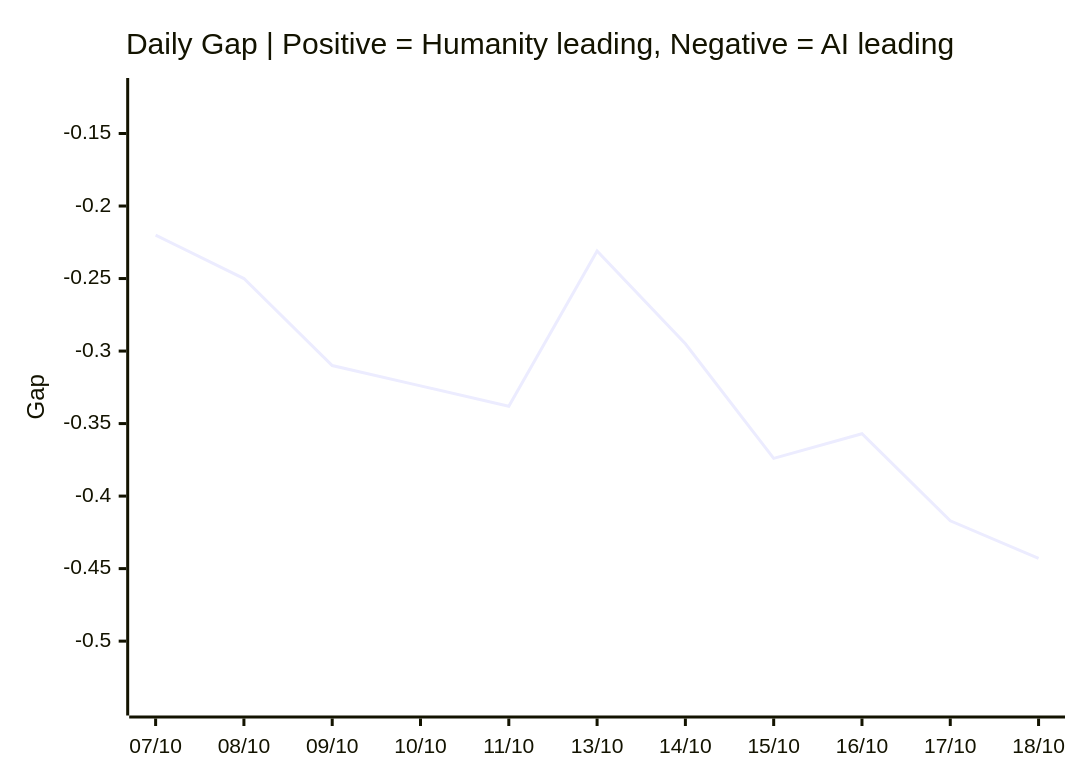
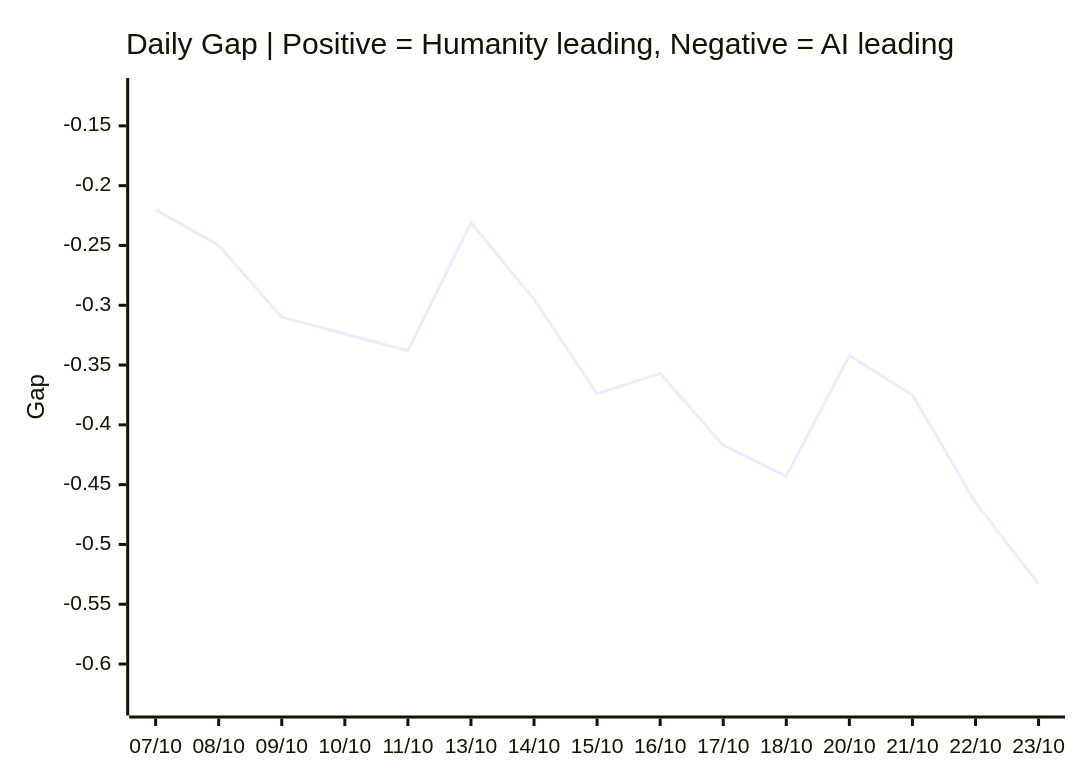
The third of 3 diagrams in README.md (VQQLK/Human-AI-Monitor), drawn with Mermaid before and after one commit. The commit also changed other lines of this file and 5 other files, not shown here.

````diff
--- a/README.md
+++ b/README.md
@@ -55,7 +55,7 @@
 ```mermaid
 xychart-beta
     title "Daily Gap | Positive = Humanity leading, Negative = AI leading"
-    x-axis ["07/10", "08/10", "09/10", "10/10", "11/10", "13/10", "14/10", "15/10", "16/10", "17/10", "18/10"]
-    y-axis "Gap" -0.543 --> -0.120
-    line [-0.220, -0.250, -0.310, -0.324, -0.338, -0.231, -0.295, -0.374, -0.357, -0.417, -0.443]
+    x-axis ["07/10", "08/10", "09/10", "10/10", "11/10", "13/10", "14/10", "15/10", "16/10", "17/10", "18/10", "20/10", "21/10", "22/10", "23/10"]
+    y-axis "Gap" -0.633 --> -0.120
+    line [-0.220, -0.250, -0.310, -0.324, -0.338, -0.231, -0.295, -0.374, -0.357, -0.417, -0.443, -0.342, -0.375, -0.465, -0.533]
 ```
````
